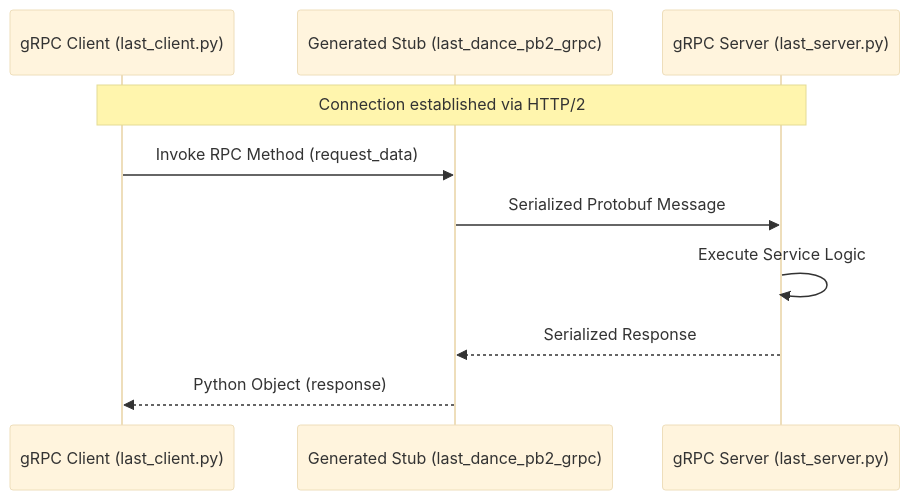
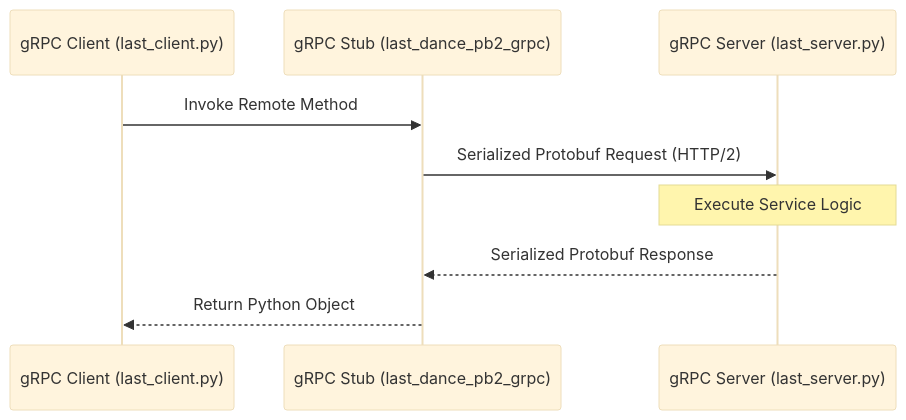
The second of 2 diagrams in README_ARCH.md (YusuffBulbul/GRPC_calisma), drawn with Mermaid (base theme) before and after one commit. The commit also changed other lines of this file, not shown here.

````diff
--- a/README_ARCH.md
+++ b/README_ARCH.md
@@ -62,14 +57,13 @@
 ```mermaid
 sequenceDiagram
-    participant Client as gRPC Client (last_client.py)
-    participant Stub as Generated Stub (last_dance_pb2_grpc)
-    participant Server as gRPC Server (last_server.py)
+    participant C as gRPC Client (last_client.py)
+    participant S as gRPC Stub (last_dance_pb2_grpc)
+    participant G as gRPC Server (last_server.py)
 
-    Note over Client, Server: Connection established via HTTP/2
-    Client->>Stub: Invoke RPC Method (request_data)
-    Stub->>Server: Serialized Protobuf Message
-    Server->>Server: Execute Service Logic
-    Server-->>Stub: Serialized Response
-    Stub-->>Client: Python Object (response)
+    C->>S: Invoke Remote Method
+    S->>G: Serialized Protobuf Request (HTTP/2)
+    Note over G: Execute Service Logic
+    G-->>S: Serialized Protobuf Response
+    S-->>C: Return Python Object
 
 ```
````
